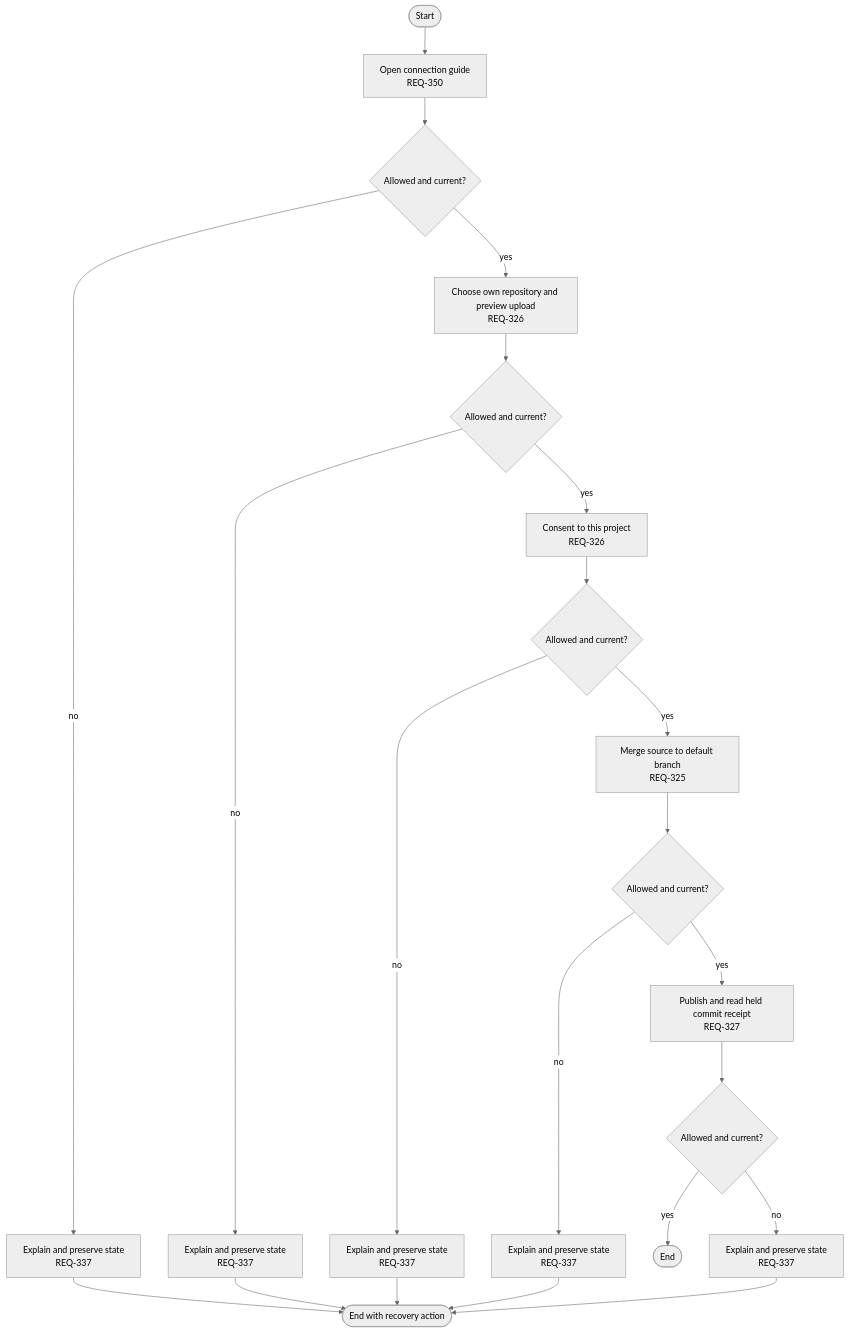
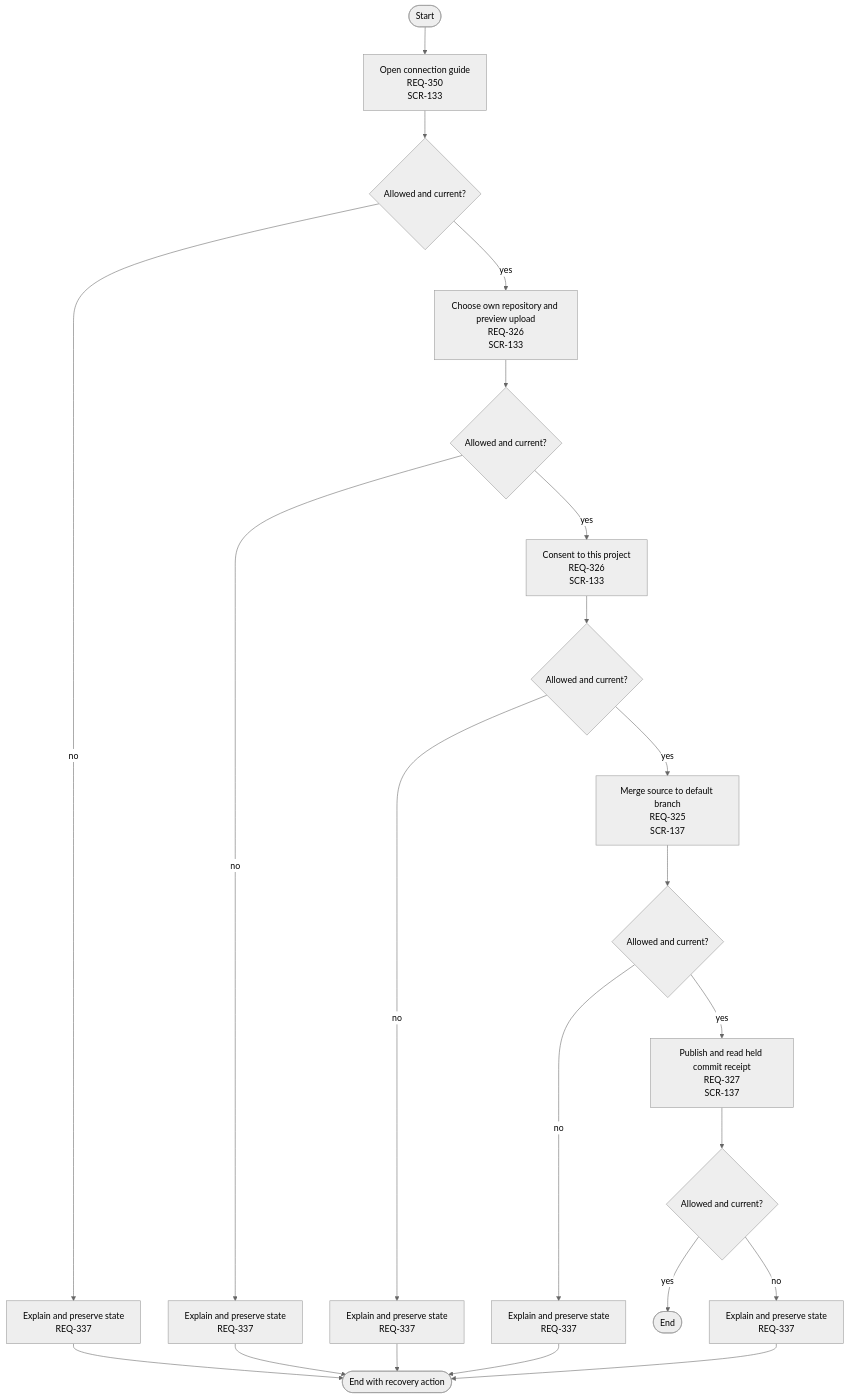
The diagram in docs/03-user-flow/rebuild/FL-129.ko.md (kodonghui/corthex-nexus), drawn with Mermaid (neutral theme) before and after one commit. The commit also changed other lines of this file and 28 other files, not shown here.

Commit message:
Design rebuild navigation and link every visible flow step

````diff
--- a/docs/03-user-flow/rebuild/FL-129.ko.md
+++ b/docs/03-user-flow/rebuild/FL-129.ko.md
@@ -9,24 +11,24 @@
 ```mermaid
 flowchart TD
   Start([Start]) --> S0
-  S0["Open connection guide<br/>REQ-350"] --> D0{"Allowed and current?"}
+  S0["Open connection guide<br/>REQ-350<br/>SCR-133"] --> D0{"Allowed and current?"}
   D0 -- yes --> S1
   D0 -- no --> F0["Explain and preserve state<br/>REQ-337"]
   F0 --> Stop([End with recovery action])
-  S1["Choose own repository and preview upload<br/>REQ-326"] --> D1{"Allowed and current?"}
+  S1["Choose own repository and preview upload<br/>REQ-326<br/>SCR-133"] --> D1{"Allowed and current?"}
   D1 -- yes --> S2
   D1 -- no --> F1["Explain and preserve state<br/>REQ-337"]
   F1 --> Stop([End with recovery action])
-  S2["Consent to this project<br/>REQ-326"] --> D2{"Allowed and current?"}
+  S2["Consent to this project<br/>REQ-326<br/>SCR-133"] --> D2{"Allowed and current?"}
   D2 -- yes --> S3
   D2 -- no --> F2["Explain and preserve state<br/>REQ-337"]
   F2 --> Stop([End with recovery action])
-  S3["Merge source to default branch<br/>REQ-325"] --> D3{"Allowed and current?"}
+  S3["Merge source to default branch<br/>REQ-325<br/>SCR-137"] --> D3{"Allowed and current?"}
   D3 -- yes --> S4
   D3 -- no --> F3["Explain and preserve state<br/>REQ-337"]
   F3 --> Stop([End with recovery action])
-  S4["Publish and read held commit receipt<br/>REQ-327"] --> D4{"Allowed and current?"}
+  S4["Publish and read held commit receipt<br/>REQ-327<br/>SCR-137"] --> D4{"Allowed and current?"}
   D4 -- yes --> End([End])
   D4 -- no --> F4["Explain and preserve state<br/>REQ-337"]
   F4 --> Stop([End with recovery action])
 ```
````
